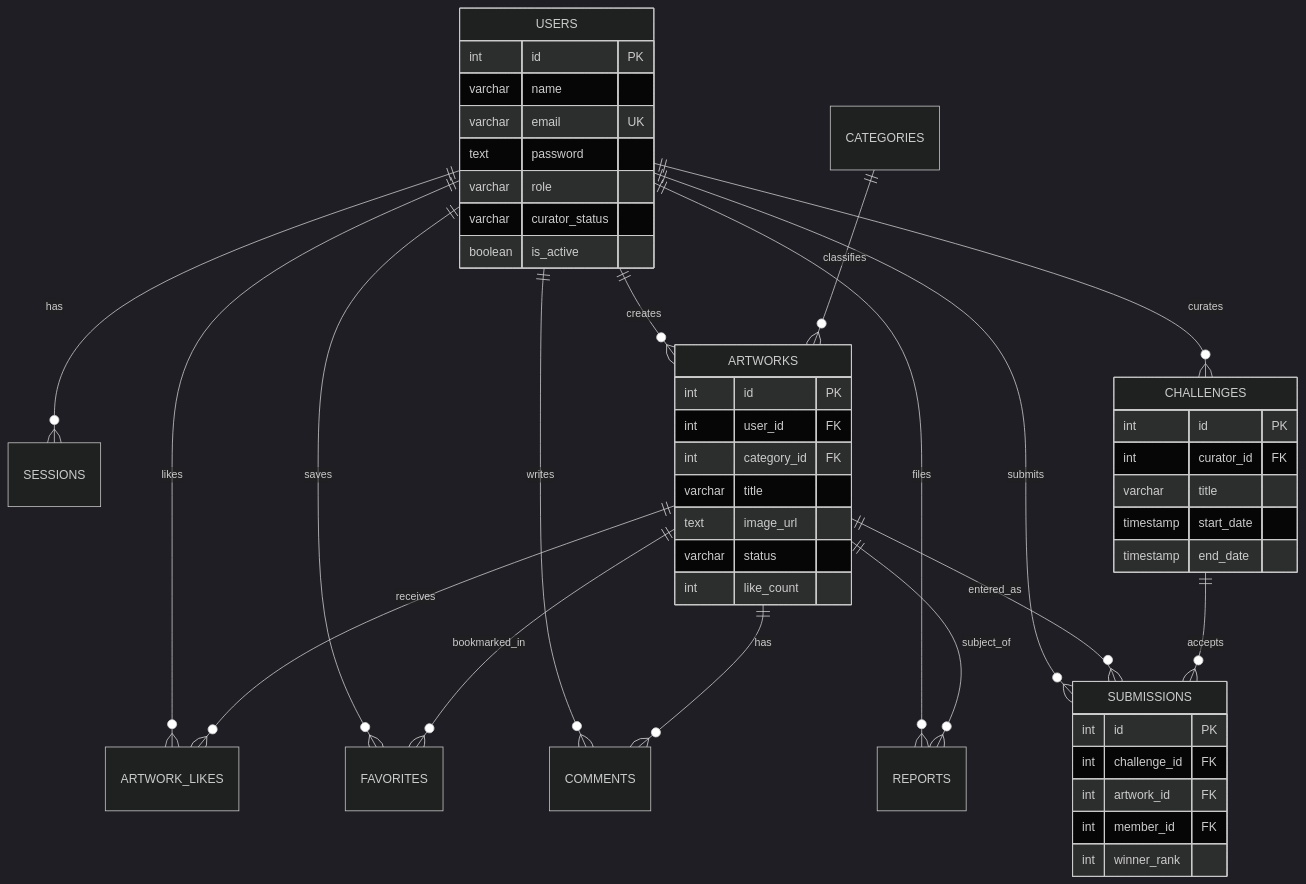
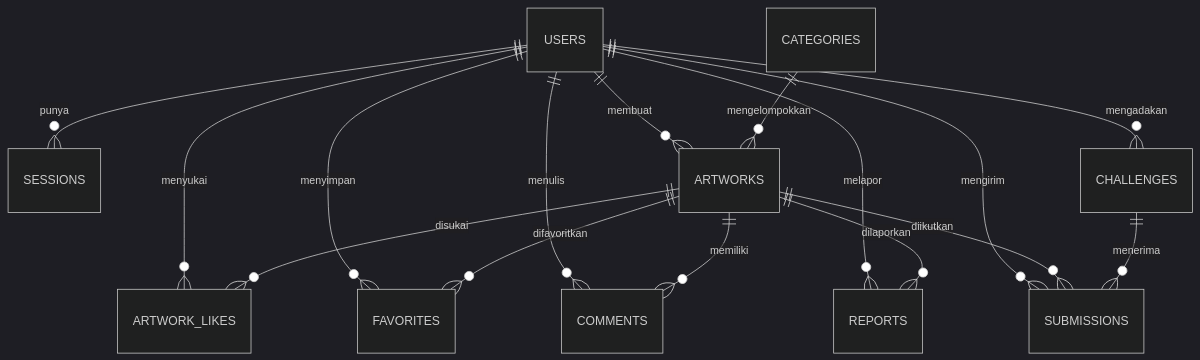
Before and after one commit to aalfm/archive-art-showcase: the second of 2 diagrams in README.md, drawn with Mermaid (dark theme). The commit also changed other lines of this file, not shown here.

````diff
--- a/README.md
+++ b/README.md
@@ -168,52 +146,19 @@
 ```mermaid
 erDiagram
-    USERS ||--o{ SESSIONS : has
-    USERS ||--o{ ARTWORKS : creates
-    USERS ||--o{ CHALLENGES : curates
-    USERS ||--o{ SUBMISSIONS : submits
-    USERS ||--o{ COMMENTS : writes
-    USERS ||--o{ FAVORITES : saves
-    USERS ||--o{ ARTWORK_LIKES : likes
-    USERS ||--o{ REPORTS : files
+    USERS ||--o{ SESSIONS : punya
+    USERS ||--o{ ARTWORKS : membuat
+    USERS ||--o{ CHALLENGES : mengadakan
+    USERS ||--o{ SUBMISSIONS : mengirim
+    USERS ||--o{ COMMENTS : menulis
+    USERS ||--o{ FAVORITES : menyimpan
+    USERS ||--o{ ARTWORK_LIKES : menyukai
+    USERS ||--o{ REPORTS : melapor
 
-    CATEGORIES ||--o{ ARTWORKS : classifies
-    ARTWORKS ||--o{ ARTWORK_LIKES : receives
-    ARTWORKS ||--o{ FAVORITES : bookmarked_in
-    ARTWORKS ||--o{ COMMENTS : has
-    ARTWORKS ||--o{ REPORTS : subject_of
-    ARTWORKS ||--o{ SUBMISSIONS : entered_as
-    CHALLENGES ||--o{ SUBMISSIONS : accepts
-
-    USERS {
-        int id PK
-        varchar name
-        varchar email UK
-        text password
-        varchar role
-        varchar curator_status
-        boolean is_active
-    }
-    ARTWORKS {
-        int id PK
-        int user_id FK
-        int category_id FK
-        varchar title
-        text image_url
-        varchar status
-        int like_count
-    }
-    CHALLENGES {
-        int id PK
-        int curator_id FK
-        varchar title
-        timestamp start_date
-        timestamp end_date
-    }
-    SUBMISSIONS {
-        int id PK
-        int challenge_id FK
-        int artwork_id FK
-        int member_id FK
-        int winner_rank
-    }
+    CATEGORIES ||--o{ ARTWORKS : mengelompokkan
+    ARTWORKS ||--o{ ARTWORK_LIKES : disukai
+    ARTWORKS ||--o{ FAVORITES : difavoritkan
+    ARTWORKS ||--o{ COMMENTS : memiliki
+    ARTWORKS ||--o{ REPORTS : dilaporkan
+    ARTWORKS ||--o{ SUBMISSIONS : diikutkan
+    CHALLENGES ||--o{ SUBMISSIONS : menerima
 ```
````
